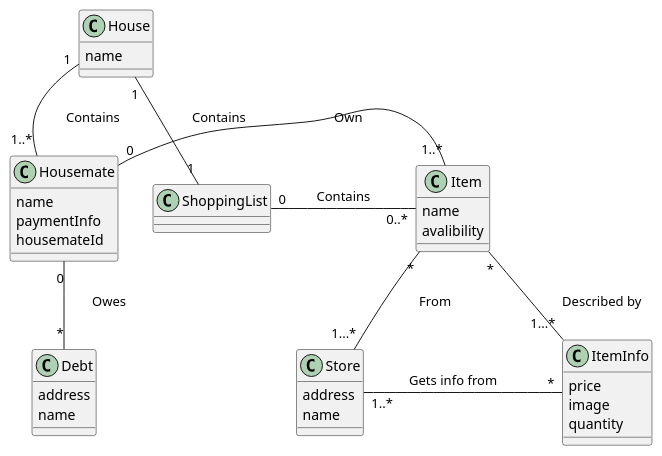
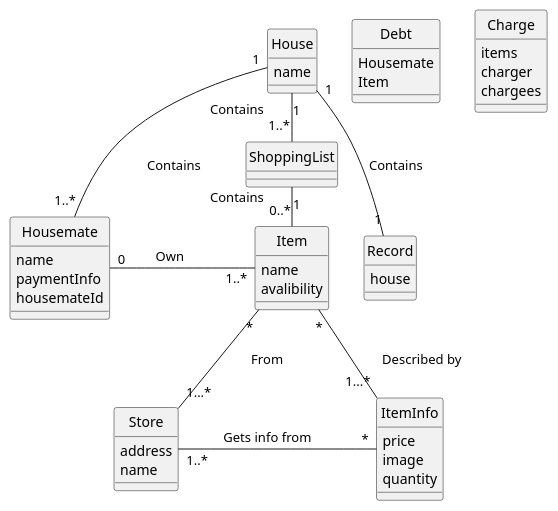
The first of 4 diagrams in doc/design.md (willemnielsen/House-App), drawn with PlantUML before and after one commit.

Commit message:
Added debt charge and record classes in domain model in design.md

````diff
--- a/doc/design.md
+++ b/doc/design.md
@@ -2,41 +2,58 @@
 ```plantuml
 @startuml
+hide circle
 class House{
     name
 }
 class ShoppingList{ 
 }
 class Item{
     name
     avalibility
 }
 class Store{
     address
     name
 }
 class ItemInfo{
     price
     image
     quantity
 }
+class Record{
+    house
+}
 class Debt{
-    address
-    name
+    Housemate
+    Item
 }
 class Housemate{   
     name
     paymentInfo
     housemateId
 }
+class Charge{
+    items
+    charger
+    chargees
+}
 
 ' associations
 House "1" -- "1..*" Housemate : \tContains\t\t
-House "1" -- "1" ShoppingList : \tContains\t\t
+House "1" -right- "1..*" ShoppingList : \tContains\t\t
+House "1" -- "1" Record : Contains
 Housemate "0" - "1..*" Item : \tOwn\t\t
-ShoppingList "0" - "0..*" Item : \tContains\t\t
-Housemate "0" -- "*" Debt : \tOwes\t\t
+ShoppingList "1" - "0..*" Item : \tContains\t\t
 Item "*" -- "1...*" Store : \tFrom\t\t
 Item "*" -- "1...*" ItemInfo : \tDescribed by \t\t
 ItemInfo "*" -left- "1..*"  Store : \tGets info from\t\t
 @enduml
+
+/*Record "1" -- "*" Debt : Contains
+Debt "1" --  "1" Item : Contains
+Debt "*" -- "2" Housemate : Amount-Owed-Between
+Charge "1" -- Item : Contains
+Charge "1" -- Housemate : Contains
+*/
+
 ```
````
